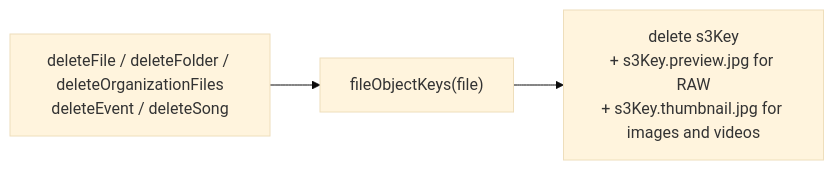
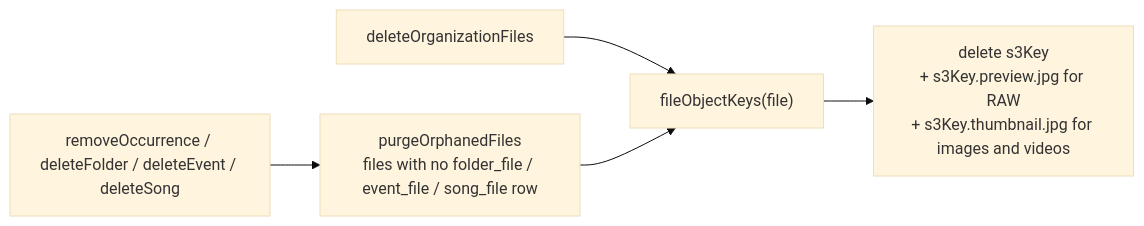
Before and after one commit to FaXaq/echo: the third of 3 diagrams in packages/modules/src/drive/README.md, drawn with Mermaid (base theme). The commit also changed other lines of this file, not shown here.

Commit message:
docs(drive): document occurrence-based deletion

````diff
--- a/packages/modules/src/drive/README.md
+++ b/packages/modules/src/drive/README.md
@@ -86,5 +88,7 @@
 ```mermaid
 flowchart LR
-    A["deleteFile / deleteFolder / deleteOrganizationFiles<br/>deleteEvent / deleteSong"] --> B["fileObjectKeys(file)"]
-    B --> C["delete s3Key<br/>+ s3Key.preview.jpg for RAW<br/>+ s3Key.thumbnail.jpg for images and videos"]
+    A["removeOccurrence / deleteFolder / deleteEvent / deleteSong"] --> B["purgeOrphanedFiles<br/>files with no folder_file / event_file / song_file row"]
+    C["deleteOrganizationFiles"] --> D
+    B --> D["fileObjectKeys(file)"]
+    D --> E["delete s3Key<br/>+ s3Key.preview.jpg for RAW<br/>+ s3Key.thumbnail.jpg for images and videos"]
 ```
````
